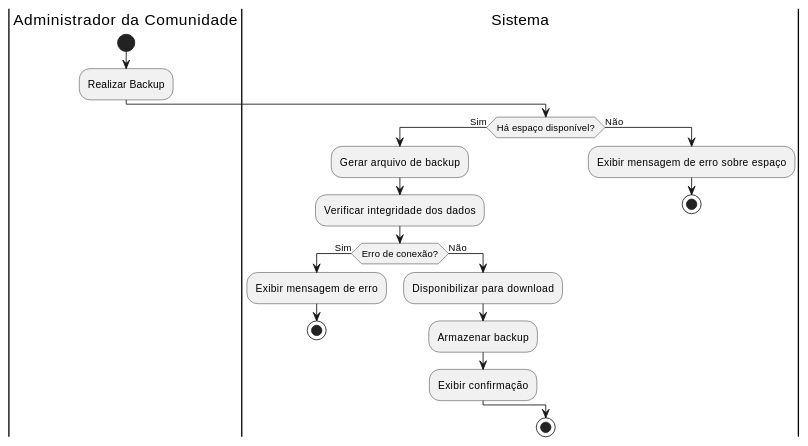
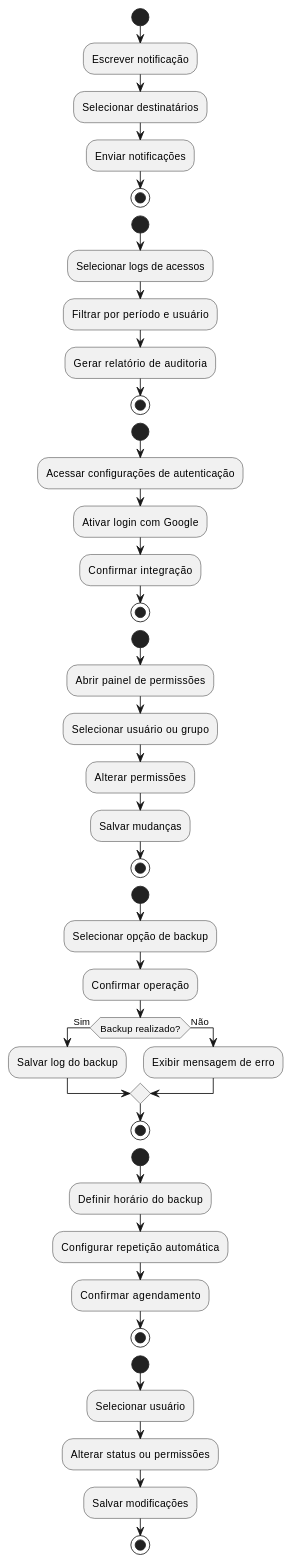
One commit to agu3des/CommunityLink changed the third of 16 diagrams in aps/specs/diagrama-de-atividades/uml_diagrama_atividades.md. Above: the diagram before and after it, drawn with PlantUML. The commit also changed other lines of this file and 28 other files, not shown here.

```diff
--- a/aps/specs/diagrama-de-atividades/uml_diagrama_atividades.md
+++ b/aps/specs/diagrama-de-atividades/uml_diagrama_atividades.md
@@ -28,22 +60,48 @@
 @startuml
-|Administrador da Comunidade|
 start
-:Realizar Backup;
-|Sistema|
-if (Há espaço disponível?) then (Sim)
-    :Gerar arquivo de backup;
-    :Verificar integridade dos dados;
-    if (Erro de conexão?) then (Sim)
-        :Exibir mensagem de erro;
-        stop
-    else (Não)
-        :Disponibilizar para download;
-        :Armazenar backup;
-        :Exibir confirmação;
-    endif
+:Escrever notificação;
+:Selecionar destinatários;
+:Enviar notificações;
+stop
+
+start
+:Selecionar logs de acessos;
+:Filtrar por período e usuário;
+:Gerar relatório de auditoria;
+stop
+
+start
+:Acessar configurações de autenticação;
+:Ativar login com Google;
+:Confirmar integração;
+stop
+
+start
+:Abrir painel de permissões;
+:Selecionar usuário ou grupo;
+:Alterar permissões;
+:Salvar mudanças;
+stop
+
+start
+:Selecionar opção de backup;
+:Confirmar operação;
+if (Backup realizado?) then (Sim)
+    :Salvar log do backup;
 else (Não)
-    :Exibir mensagem de erro sobre espaço;
-    stop
+    :Exibir mensagem de erro;
 endif
 stop
+
+start
+:Definir horário do backup;
+:Configurar repetição automática;
+:Confirmar agendamento;
+stop
+
+start
+:Selecionar usuário;
+:Alterar status ou permissões;
+:Salvar modificações;
+stop
 @enduml
```
